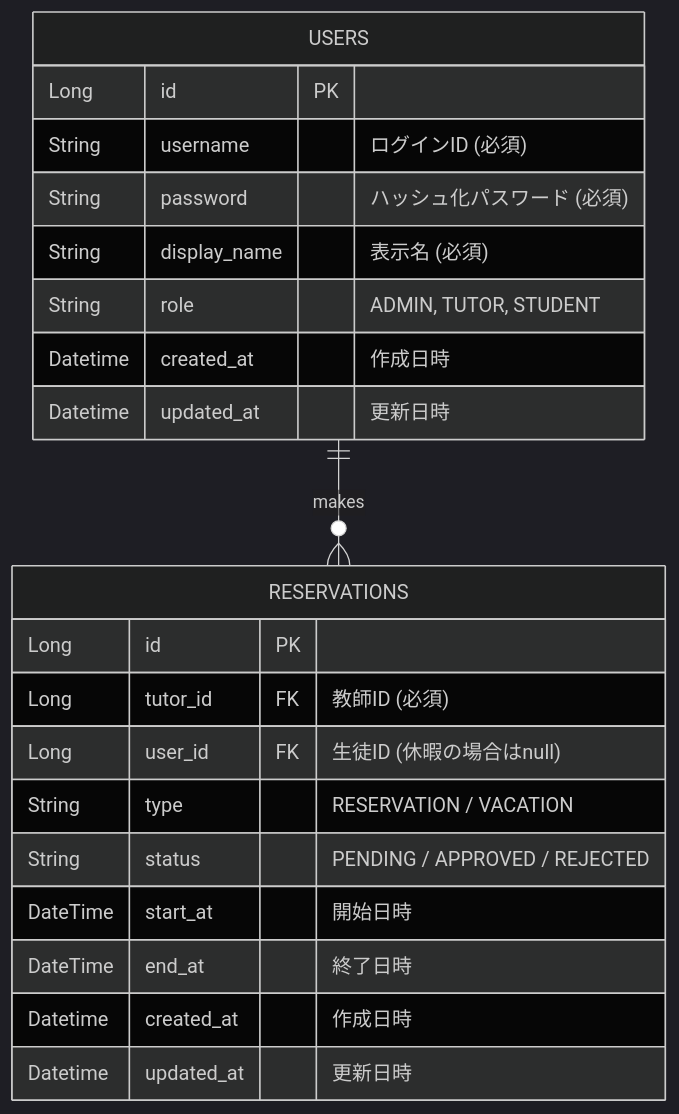
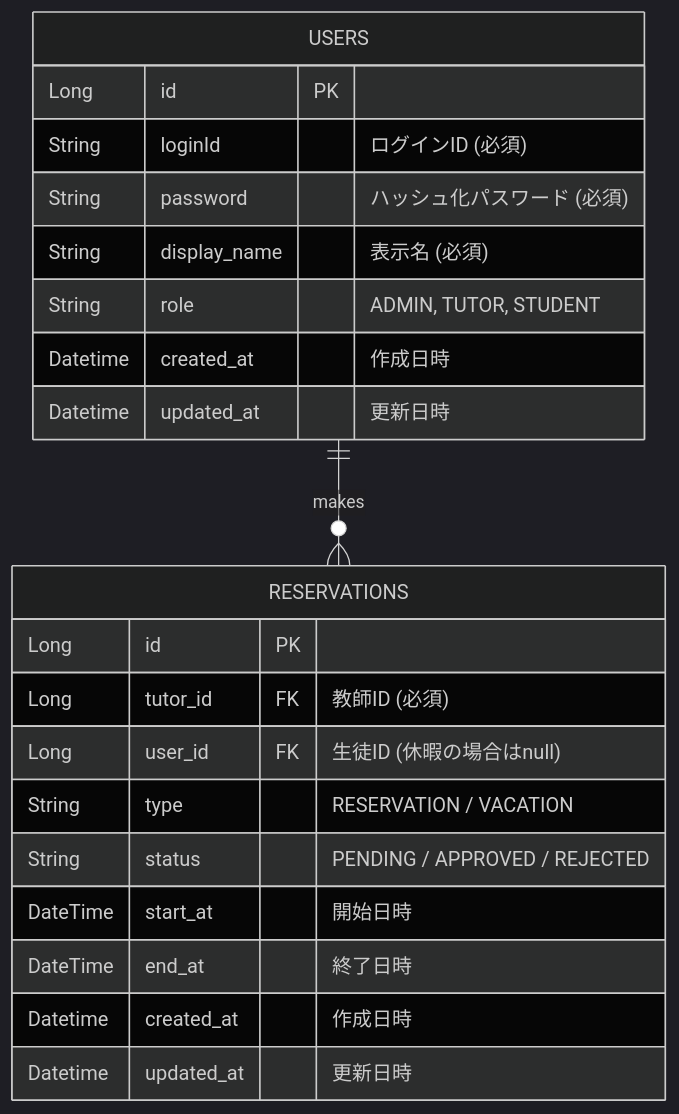
The diagram in docs/requirements.md (KotaroFunahashi/ken-reserve), drawn with Mermaid (dark theme) before and after one commit. The commit also changed 17 other files, not shown here.

````diff
--- a/docs/requirements.md
+++ b/docs/requirements.md
@@ -66,25 +66,25 @@
 ```mermaid
 erDiagram
     USERS ||--o{ RESERVATIONS : "makes"
     USERS {
         Long id PK
-        String username "ログインID (必須)"
+        String loginId "ログインID (必須)"
         String password "ハッシュ化パスワード (必須)"
         String display_name "表示名 (必須)"
         String role "ADMIN, TUTOR, STUDENT"
         Datetime created_at "作成日時"
         Datetime updated_at "更新日時"
     }
     RESERVATIONS {
         Long id PK
         Long tutor_id FK "教師ID (必須)"
         Long user_id FK "生徒ID (休暇の場合はnull)"
         String type "RESERVATION / VACATION"
         String status "PENDING / APPROVED / REJECTED"
         DateTime start_at "開始日時"
         DateTime end_at "終了日時"
         Datetime created_at "作成日時"
         Datetime updated_at "更新日時"
     }
 
 ```
````
